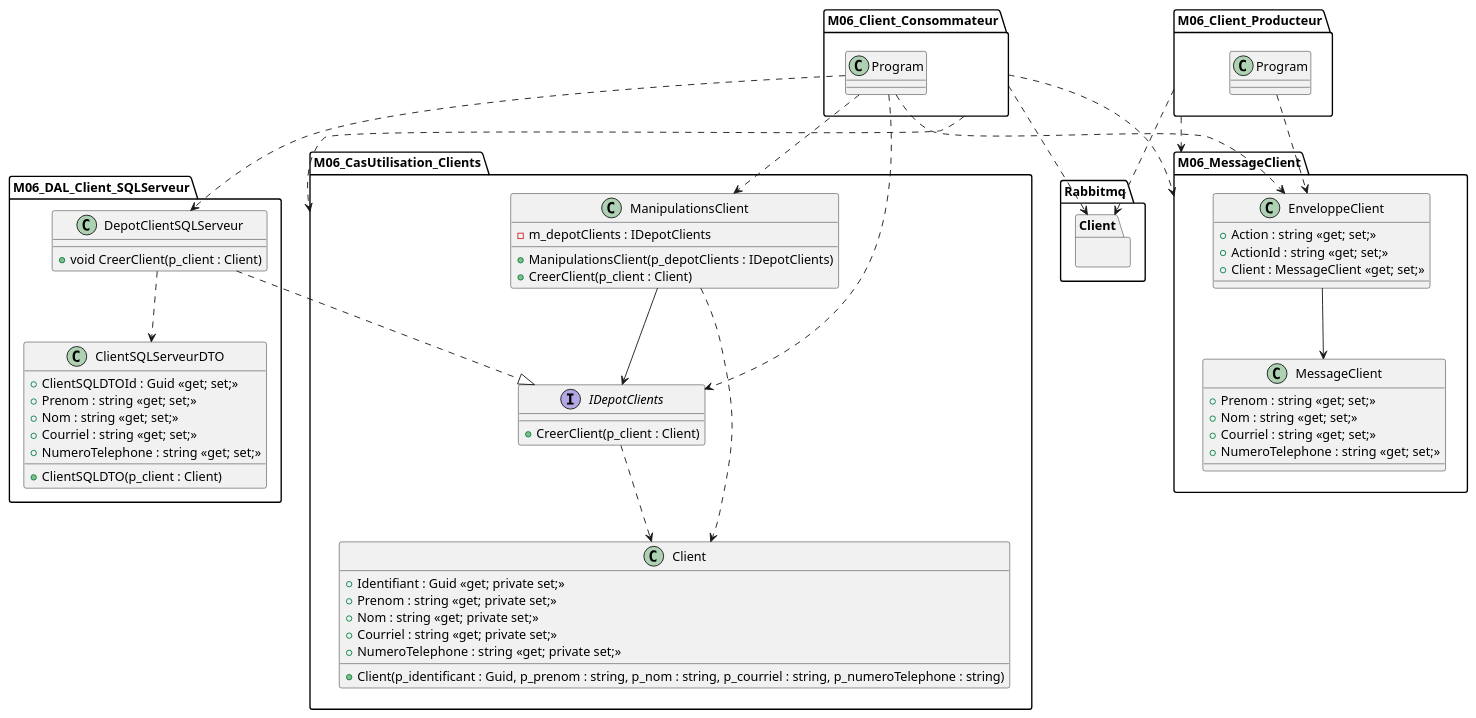
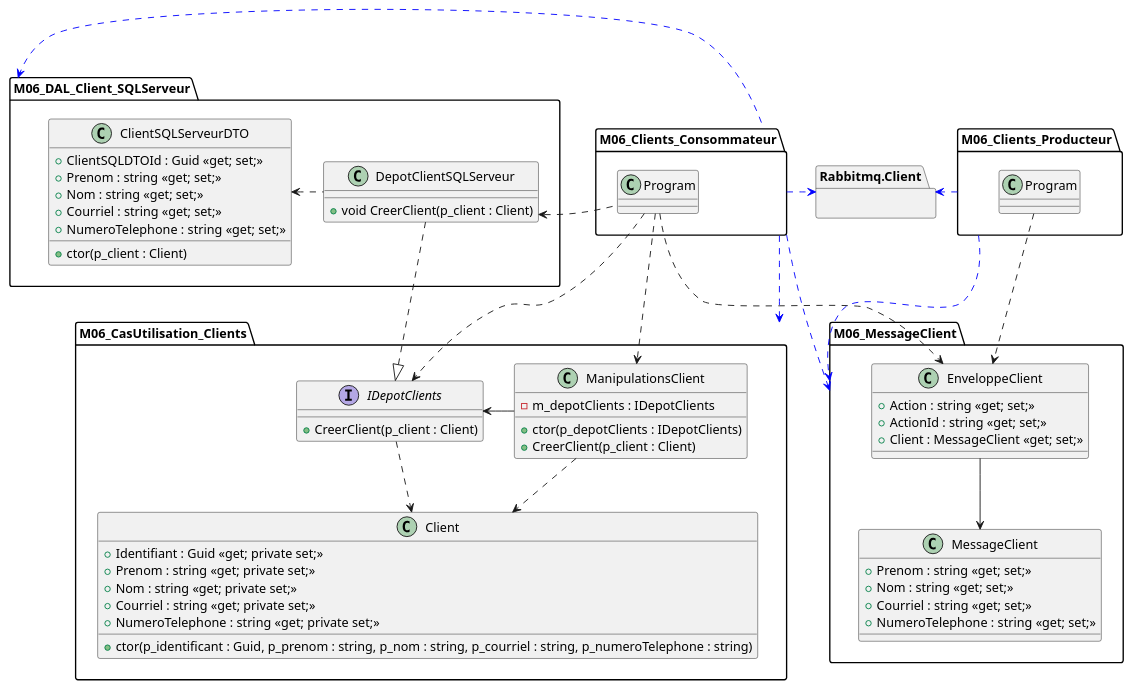
One commit to PiFou86/420-W47-SF changed the diagram in Module06_FileMessages/diag/uml_exercice2_enveloppe.wsd. Above: the diagram before and after it, drawn with PlantUML.

```diff
--- a/Module06_FileMessages/diag/uml_exercice2_enveloppe.wsd
+++ b/Module06_FileMessages/diag/uml_exercice2_enveloppe.wsd
@@ -1,86 +1,91 @@
-@startuml clients_classes_enveloppe
+@startuml clients_classes
+set namespaceSeparator ::
 
 package M06_CasUtilisation_Clients {
     class ManipulationsClient {
         - m_depotClients : IDepotClients
-        + ManipulationsClient(p_depotClients : IDepotClients)
+        + ctor(p_depotClients : IDepotClients)
         + CreerClient(p_client : Client)
     }
+
     interface IDepotClients {
         + CreerClient(p_client : Client)
     }
+
     class Client {
         + Identifiant : Guid <<get; private set;>>
         + Prenom : string <<get; private set;>>
         + Nom : string <<get; private set;>>
         + Courriel : string <<get; private set;>>
         + NumeroTelephone : string <<get; private set;>>
-        + Client(p_identificant : Guid, p_prenom : string, p_nom : string, p_courriel : string, p_numeroTelephone : string)
+        + ctor(p_identificant : Guid, p_prenom : string, p_nom : string, p_courriel : string, p_numeroTelephone : string)
     }
-    ManipulationsClient --> IDepotClients
+
+    ManipulationsClient -> IDepotClients
     ManipulationsClient ..> Client
     IDepotClients ..> Client
 }
 
 package M06_DAL_Client_SQLServeur {
     class DepotClientSQLServeur {
         + void CreerClient(p_client : Client)
     }
 
     class ClientSQLServeurDTO {
         + ClientSQLDTOId : Guid <<get; set;>>
         + Prenom : string <<get; set;>>
         + Nom : string <<get; set;>>
         + Courriel : string <<get; set;>>
         + NumeroTelephone : string <<get; set;>>
-        + ClientSQLDTO(p_client : Client)
+        + ctor(p_client : Client)
     }
 
-    DepotClientSQLServeur ..|> IDepotClients
-    DepotClientSQLServeur ..> ClientSQLServeurDTO
+    DepotClientSQLServeur ..|> M06_CasUtilisation_Clients::IDepotClients
+    DepotClientSQLServeur .l> ClientSQLServeurDTO
 }
 
-package M06_MessageClient {
-    class MessageClient {
-        + Prenom : string <<get; set;>>
-        + Nom : string <<get; set;>>
-        + Courriel : string <<get; set;>>
-        + NumeroTelephone : string <<get; set;>>
+together {
+    package M06_MessageClient {
+        class MessageClient {
+            + Prenom : string <<get; set;>>
+            + Nom : string <<get; set;>>
+            + Courriel : string <<get; set;>>
+            + NumeroTelephone : string <<get; set;>>
+        }
+
+        class EnveloppeClient {
+            + Action : string <<get; set;>>
+            + ActionId : string <<get; set;>>
+            + Client : MessageClient <<get; set;>>
+        }
+
+        EnveloppeClient --> MessageClient
     }
 
-    class EnveloppeClient {
-        + Action : string <<get; set;>>
-        + ActionId : string <<get; set;>>
-        + Client : MessageClient <<get; set;>>
+    package M06_Clients_Producteur {
+        class Program
+
+        Program ..> M06_MessageClient::EnveloppeClient
     }
 
-    EnveloppeClient --> MessageClient
+    package Rabbitmq.Client {}
 }
 
-package M06_Client_Producteur {
+package M06_Clients_Consommateur {
+    class Program
 
-}
-M06_Client_Producteur.Program ..> EnveloppeClient
-
-package M06_Client_Consommateur {
-
-
-}
-M06_Client_Consommateur.Program ..> EnveloppeClient
-M06_Client_Consommateur.Program ..> ManipulationsClient
-M06_Client_Consommateur.Program ..> IDepotClients
-M06_Client_Consommateur.Program ..> DepotClientSQLServeur
-
-
-package Rabbitmq.Client {
-
+    Program ..> M06_MessageClient::EnveloppeClient
+    Program ..> M06_CasUtilisation_Clients::ManipulationsClient
+    Program ..> M06_CasUtilisation_Clients::IDepotClients
+    Program .l> M06_DAL_Client_SQLServeur::DepotClientSQLServeur
 }
 
+M06_Clients_Producteur .[#blue]> Rabbitmq.Client
+M06_Clients_Producteur .[#blue].> M06_MessageClient
 
-M06_Client_Producteur ..> Rabbitmq.Client
-M06_Client_Producteur ..> M06_MessageClient
+M06_Clients_Consommateur .[#blue]> Rabbitmq.Client
+M06_Clients_Consommateur .[#blue].> M06_CasUtilisation_Clients
+M06_Clients_Consommateur .[#blue].> M06_MessageClient
+M06_Clients_Consommateur .[#blue]l> M06_DAL_Client_SQLServeur
 
-M06_Client_Consommateur ..> Rabbitmq.Client
-M06_Client_Consommateur ..> M06_CasUtilisation_Clients
-M06_Client_Consommateur ..> M06_MessageClient
 @enduml
```
